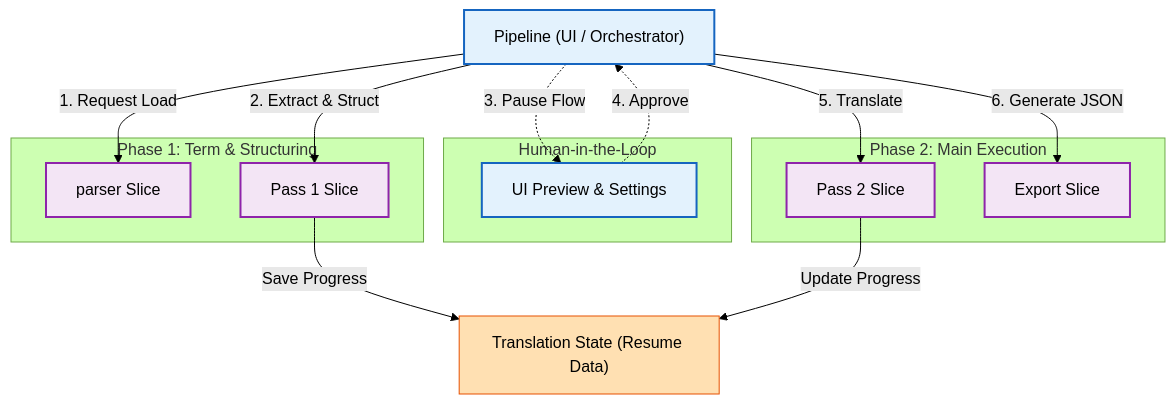
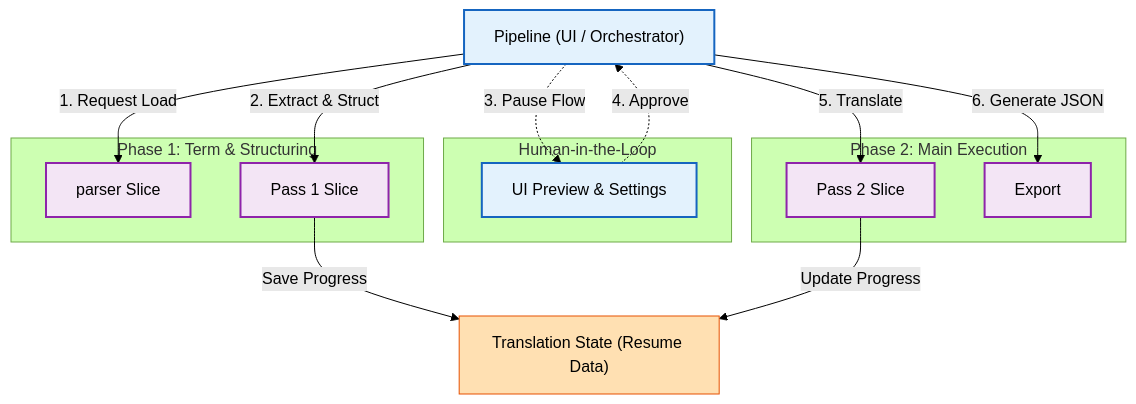
The second of 2 diagrams in specs/architecture.md (ishibata91/ai-translation-engine-2), drawn with Mermaid (forest theme) before and after one commit. The commit also changed other lines of this file and 90 other files, not shown here.

````diff
--- a/specs/architecture.md
+++ b/specs/architecture.md
@@ -260,35 +260,35 @@
 ```mermaid
 graph TD
     classDef ui fill:#e3f2fd,stroke:#1565c0,stroke-width:2px;
     classDef slice fill:#f3e5f5,stroke:#8e24aa,stroke-width:2px;
     classDef state fill:#ffe0b2,stroke:#e65100,stroke-width:1px;
 
     PM["Pipeline (UI / Orchestrator)"]:::ui
     State["Translation State (Resume Data)"]:::state
 
     subgraph "Phase 1: Term & Structuring"
         Load_S["parser Slice"]:::slice
         P1_S["Pass 1 Slice"]:::slice
     end
 
     subgraph "Human-in-the-Loop"
         Preview["UI Preview & Settings"]:::ui
     end
 
     subgraph "Phase 2: Main Execution"
         P2_S["Pass 2 Slice"]:::slice
-        Out_S["Export Slice"]:::slice
+        Out_S["Export"]:::slice
     end
 
     PM -->|"1. Request Load"| Load_S
     PM -->|"2. Extract & Struct"| P1_S
     P1_S -->|"Save Progress"| State
     
     PM -.->|"3. Pause Flow"| Preview
     Preview -.->|"4. Approve"| PM
 
     PM -->|"5. Translate"| P2_S
     P2_S -->|"Update Progress"| State
     
     PM -->|"6. Generate JSON"| Out_S
 ```
````
